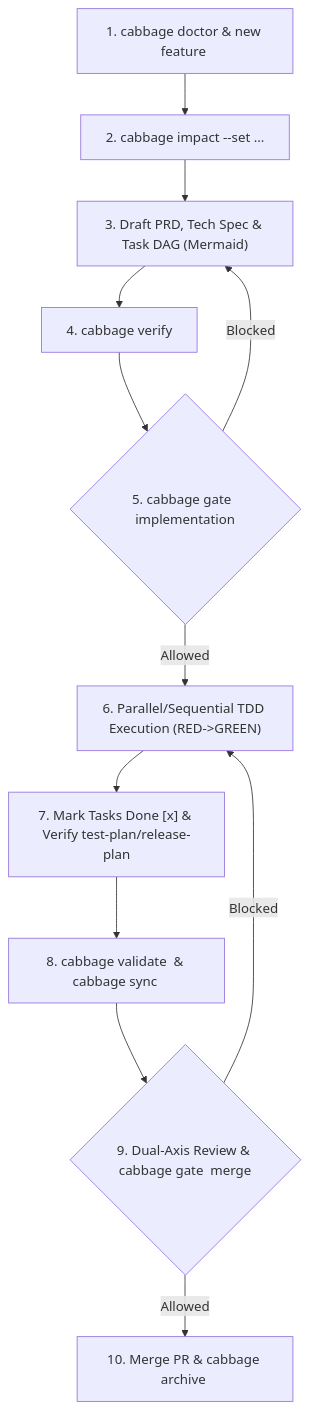
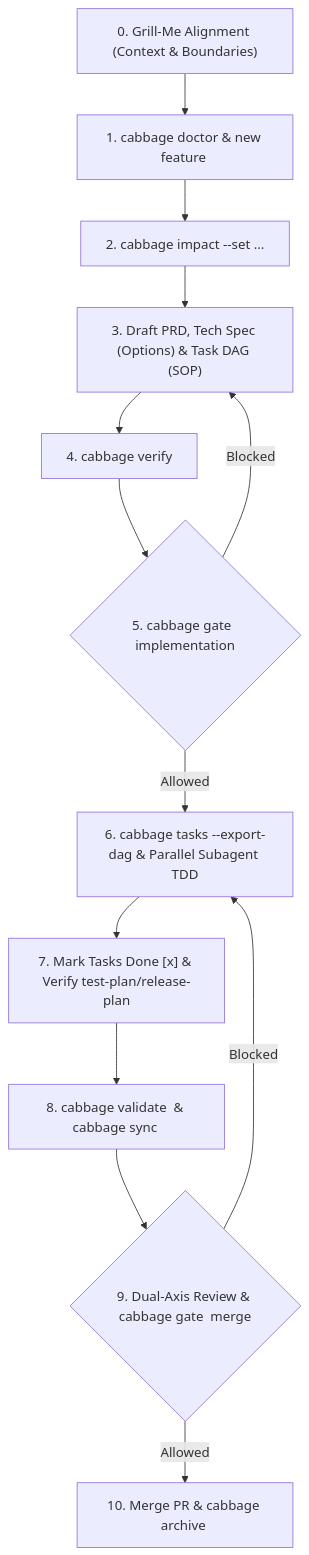
The diagram in SKILL.md (devcxl/cabbage), drawn with Mermaid before and after one commit. The commit also changed other lines of this file and 28 other files, not shown here.

Commit message:
feat(workflow): support grill-me alignment, architecture options, task SOPs, and cabbage tasks DAG export

````diff
--- a/SKILL.md
+++ b/SKILL.md
@@ -73,14 +73,15 @@
 ```mermaid
 flowchart TD
-    A["1. cabbage doctor & new feature <id>"] --> B["2. cabbage impact <id> --set ..."]
-    B --> C["3. Draft PRD, Tech Spec & Task DAG (Mermaid)"]
+    Pre["0. Grill-Me Alignment (Context & Boundaries)"] --> A["1. cabbage doctor & new feature <id>"]
+    A --> B["2. cabbage impact <id> --set ..."]
+    B --> C["3. Draft PRD, Tech Spec (Options) & Task DAG (SOP)"]
     C --> D["4. cabbage verify <id> <stage>"]
     D --> E{"5. cabbage gate <id> implementation"}
     E -- Blocked --> C
-    E -- Allowed --> F["6. Parallel/Sequential TDD Execution (RED->GREEN)"]
+    E -- Allowed --> F["6. cabbage tasks --export-dag & Parallel Subagent TDD"]
     F --> G["7. Mark Tasks Done [x] & Verify test-plan/release-plan"]
     G --> H["8. cabbage validate <id> & cabbage sync <id>"]
     H --> I{"9. Dual-Axis Review & cabbage gate <id> merge"}
     I -- Blocked --> F
     I -- Allowed --> J["10. Merge PR & cabbage archive <id>"]
 ```
````
